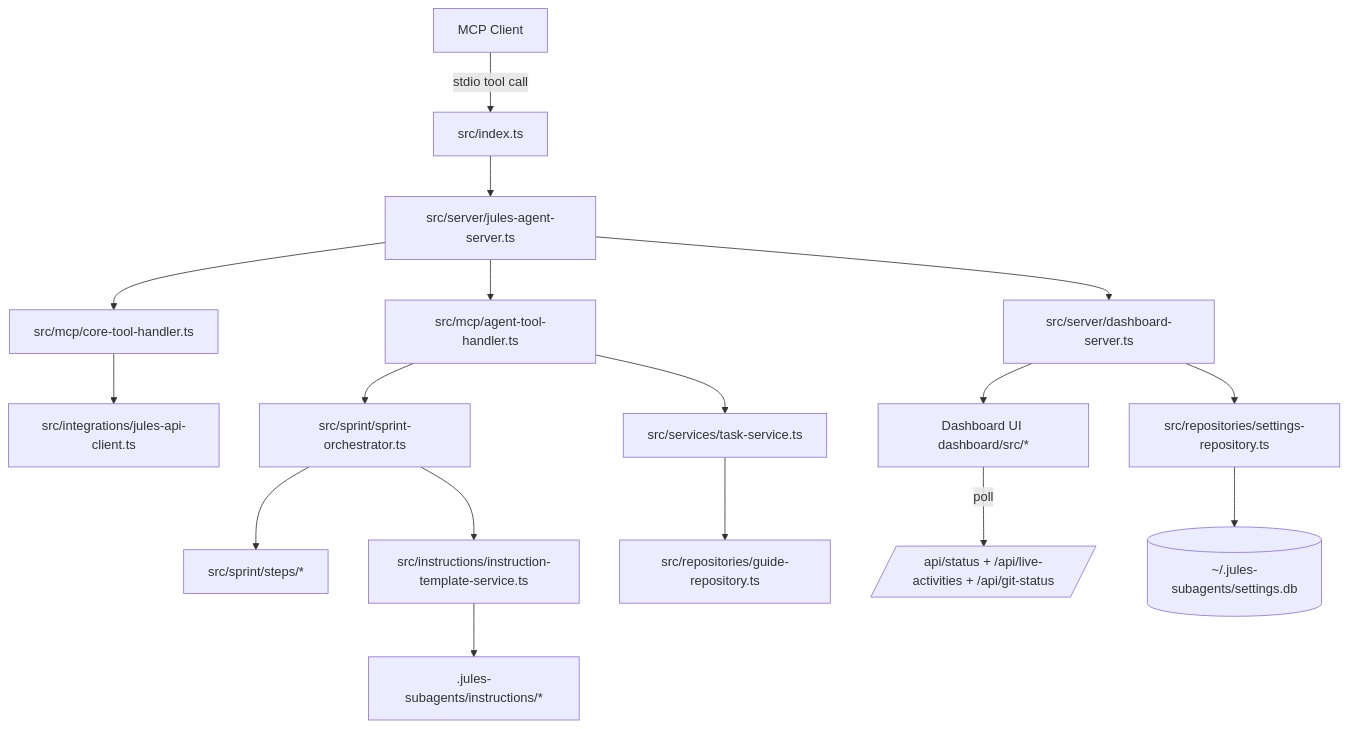
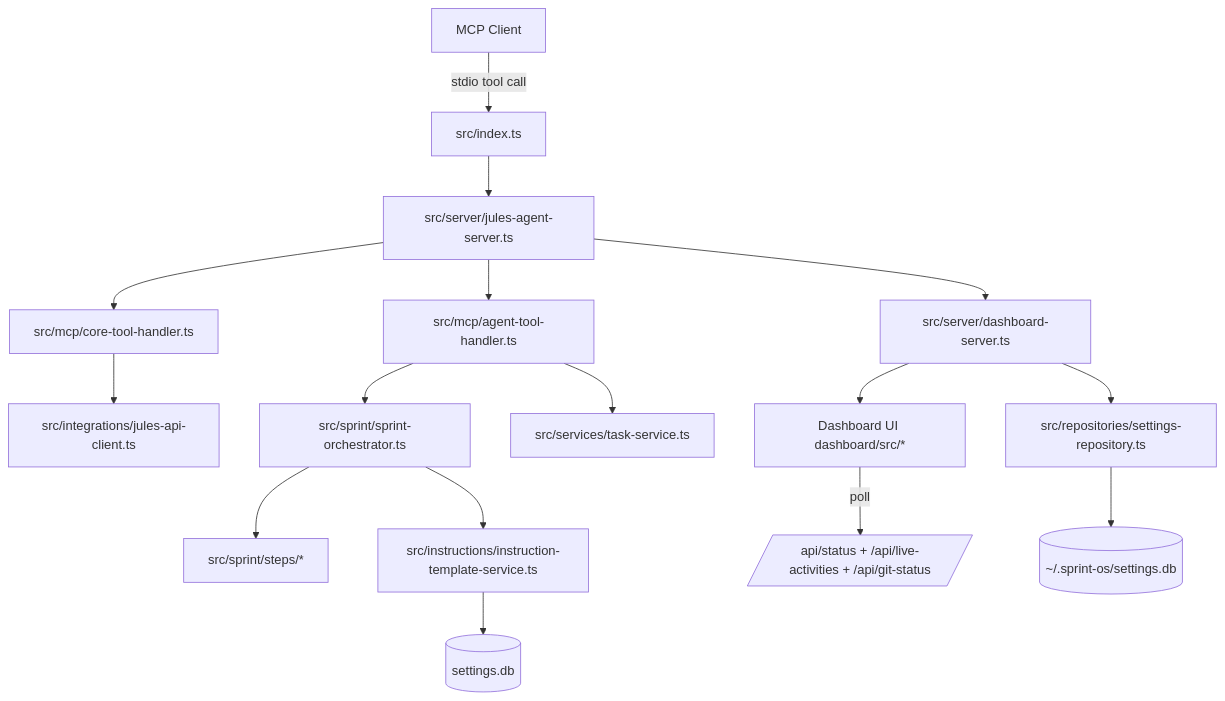
One commit to numnx/codeux changed the diagram in docs/architecture/system-overview.md. Above: the diagram before and after it, drawn with Mermaid. The commit also changed other lines of this file and 64 other files, not shown here.

````diff
--- a/docs/architecture/system-overview.md
+++ b/docs/architecture/system-overview.md
@@ -70,19 +69,18 @@
 ```mermaid
 flowchart TD
   A[MCP Client] -->|stdio tool call| B[src/index.ts]
   B --> R[src/server/jules-agent-server.ts]
   R --> C[src/mcp/core-tool-handler.ts]
   R --> D[src/mcp/agent-tool-handler.ts]
   C --> E[src/integrations/jules-api-client.ts]
   D --> F[src/sprint/sprint-orchestrator.ts]
   F --> G[src/sprint/steps/*]
   F --> H[src/instructions/instruction-template-service.ts]
-  H --> I[.jules-subagents/instructions/*]
+  H --> I[(settings.db)]
   D --> J[src/services/task-service.ts]
-  J --> K[src/repositories/guide-repository.ts]
   R --> L[src/server/dashboard-server.ts]
   L --> M[Dashboard UI dashboard/src/*]
   M -->|poll| N[/api/status + /api/live-activities + /api/git-status/]
   L --> O[src/repositories/settings-repository.ts]
-  O --> P[(~/.jules-subagents/settings.db)]
+  O --> P[(~/.sprint-os/settings.db)]
 ```
````
